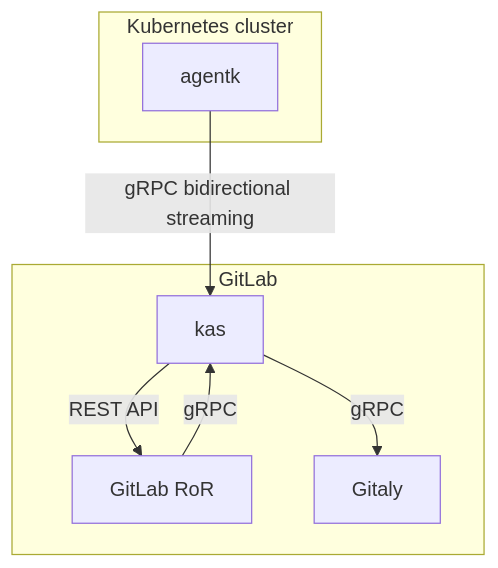
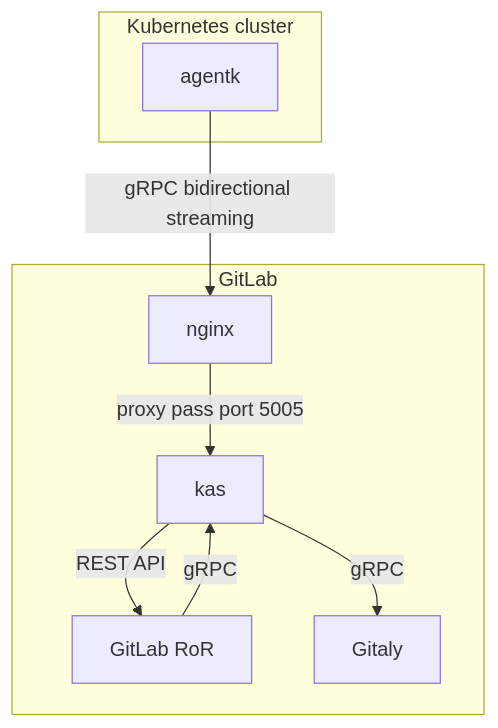
Before and after one commit to abaer123/gitlab-agent: the diagram in doc/architecture.md, drawn with Mermaid.

Commit message:
Add nginx proxy pass to architecture diagram

````diff
--- a/doc/architecture.md
+++ b/doc/architecture.md
@@ -19,15 +19,16 @@
 ```mermaid
 graph TB
-  agentk -- gRPC bidirectional streaming --> kas
+  agentk -- gRPC bidirectional streaming --> nginx
 
   subgraph "GitLab"
+  nginx -- proxy pass port 5005 --> kas
   kas[kas]
   GitLabRoR[GitLab RoR] -- gRPC --> kas
   kas -- gRPC --> Gitaly[Gitaly]
   kas -- REST API --> GitLabRoR
   end
 
   subgraph "Kubernetes cluster"
   agentk[agentk]
   end
 ```
````
